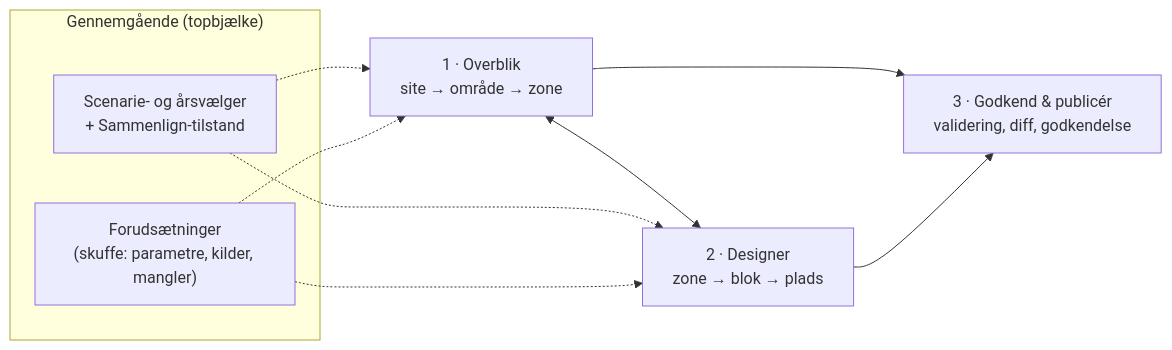
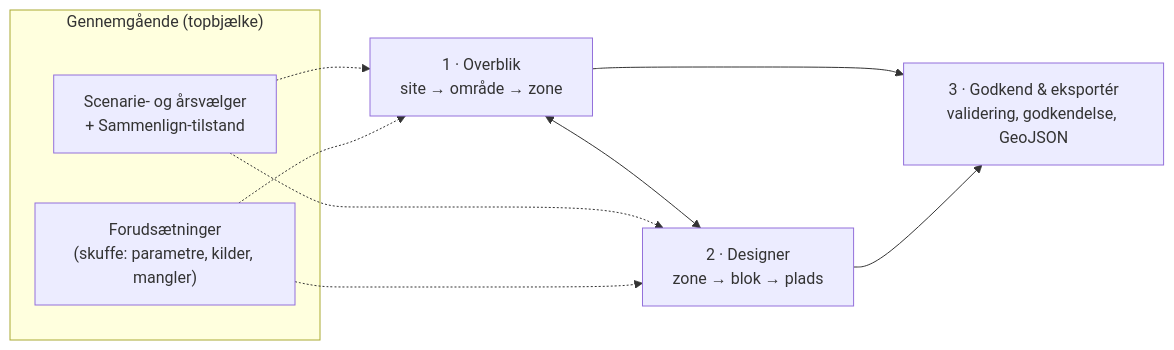
One commit to steenh/camping-space-mapper changed the diagram in DISCOVERY-UX-CONCEPTS.md. Above: the diagram before and after it, drawn with Mermaid. The commit also changed other lines of this file and 7 other files, not shown here.

First line of the commit message:
Dokumentér A9: ArcGIS er read-only i alle faser

````diff
--- a/DISCOVERY-UX-CONCEPTS.md
+++ b/DISCOVERY-UX-CONCEPTS.md
@@ -30,14 +30,14 @@
 ```mermaid
 flowchart LR
   subgraph Global["Gennemgående (topbjælke)"]
     S["Scenarie- og årsvælger<br/>+ Sammenlign-tilstand"]
     F["Forudsætninger<br/>(skuffe: parametre, kilder, mangler)"]
   end
   O["1 · Overblik<br/>site → område → zone"] <--> D["2 · Designer<br/>zone → blok → plads"]
-  O --> G["3 · Godkend & publicér<br/>validering, diff, godkendelse"]
+  O --> G["3 · Godkend & eksportér<br/>validering, godkendelse, GeoJSON"]
   D --> G
   S -.-> O
   S -.-> D
   F -.-> O
   F -.-> D
 ```
````
